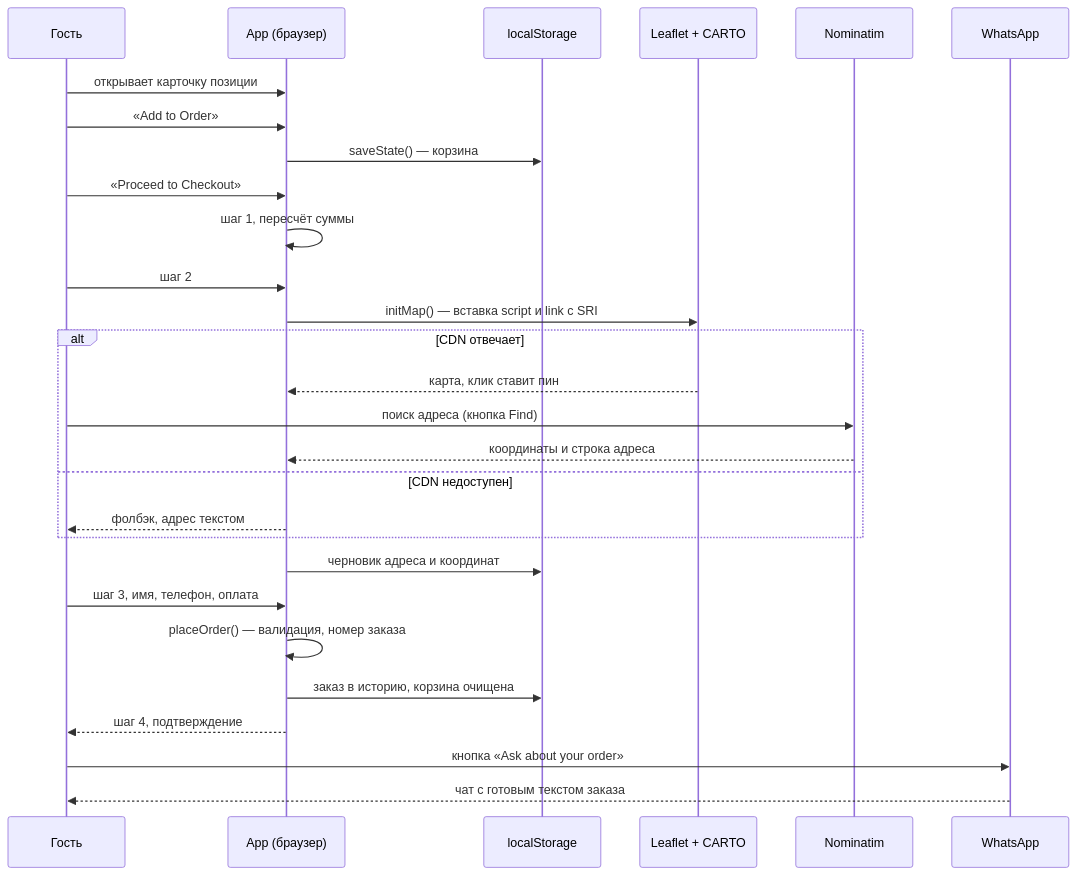
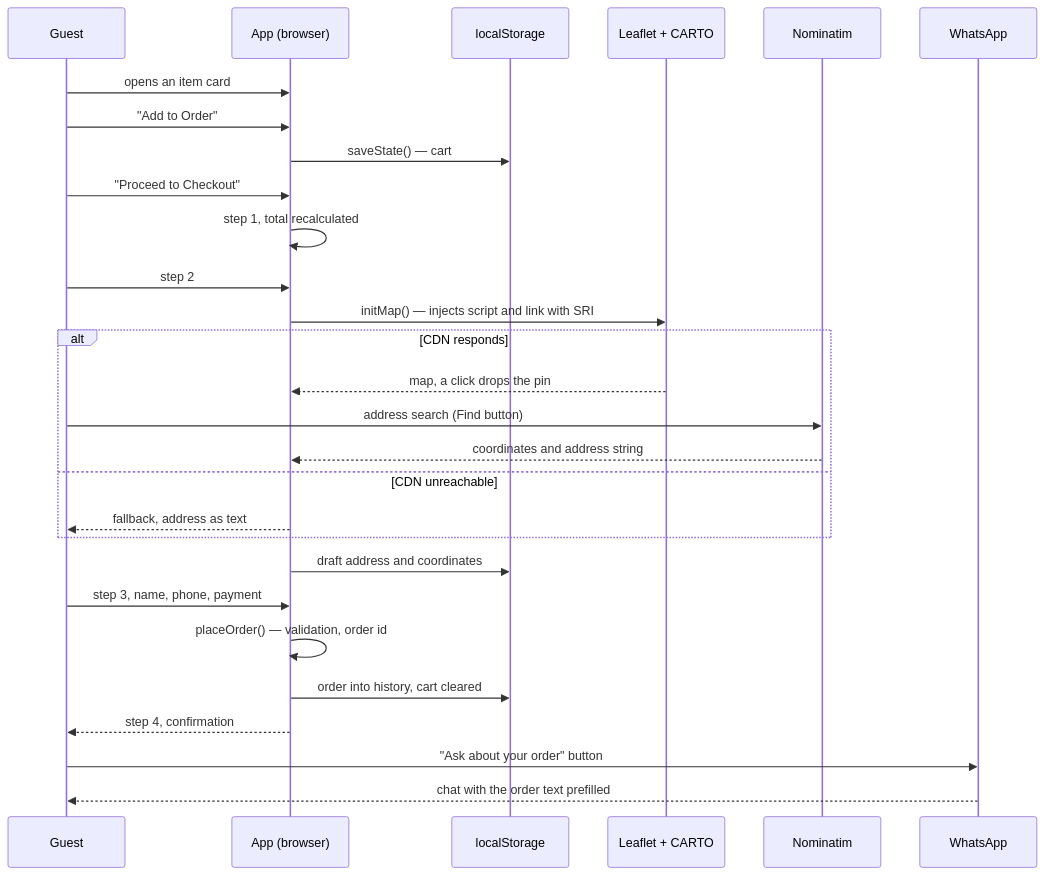
One commit to raphsoundmix-ctrl/sushi-clan-site changed the diagram in docs/architecture.md. Above: the diagram before and after it, drawn with Mermaid. The commit also changed other lines of this file and 5 other files, not shown here.

````diff
--- a/docs/architecture.md
+++ b/docs/architecture.md
@@ -73,31 +73,31 @@
 ```mermaid
 sequenceDiagram
-    participant Г as Гость
-    participant S as App (браузер)
+    participant G as Guest
+    participant S as App (browser)
     participant LS as localStorage
     participant L as Leaflet + CARTO
     participant N as Nominatim
     participant W as WhatsApp
 
-    Г->>S: открывает карточку позиции
-    Г->>S: «Add to Order»
-    S->>LS: saveState() — корзина
-    Г->>S: «Proceed to Checkout»
-    S->>S: шаг 1, пересчёт суммы
-    Г->>S: шаг 2
-    S->>L: initMap() — вставка script и link с SRI
-    alt CDN отвечает
-        L-->>S: карта, клик ставит пин
-        Г->>N: поиск адреса (кнопка Find)
-        N-->>S: координаты и строка адреса
-    else CDN недоступен
-        S-->>Г: фолбэк, адрес текстом
+    G->>S: opens an item card
+    G->>S: "Add to Order"
+    S->>LS: saveState() — cart
+    G->>S: "Proceed to Checkout"
+    S->>S: step 1, total recalculated
+    G->>S: step 2
+    S->>L: initMap() — injects script and link with SRI
+    alt CDN responds
+        L-->>S: map, a click drops the pin
+        G->>N: address search (Find button)
+        N-->>S: coordinates and address string
+    else CDN unreachable
+        S-->>G: fallback, address as text
     end
-    S->>LS: черновик адреса и координат
-    Г->>S: шаг 3, имя, телефон, оплата
-    S->>S: placeOrder() — валидация, номер заказа
-    S->>LS: заказ в историю, корзина очищена
-    S-->>Г: шаг 4, подтверждение
-    Г->>W: кнопка «Ask about your order»
-    W-->>Г: чат с готовым текстом заказа
+    S->>LS: draft address and coordinates
+    G->>S: step 3, name, phone, payment
+    S->>S: placeOrder() — validation, order id
+    S->>LS: order into history, cart cleared
+    S-->>G: step 4, confirmation
+    G->>W: "Ask about your order" button
+    W-->>G: chat with the order text prefilled
 ```
````
